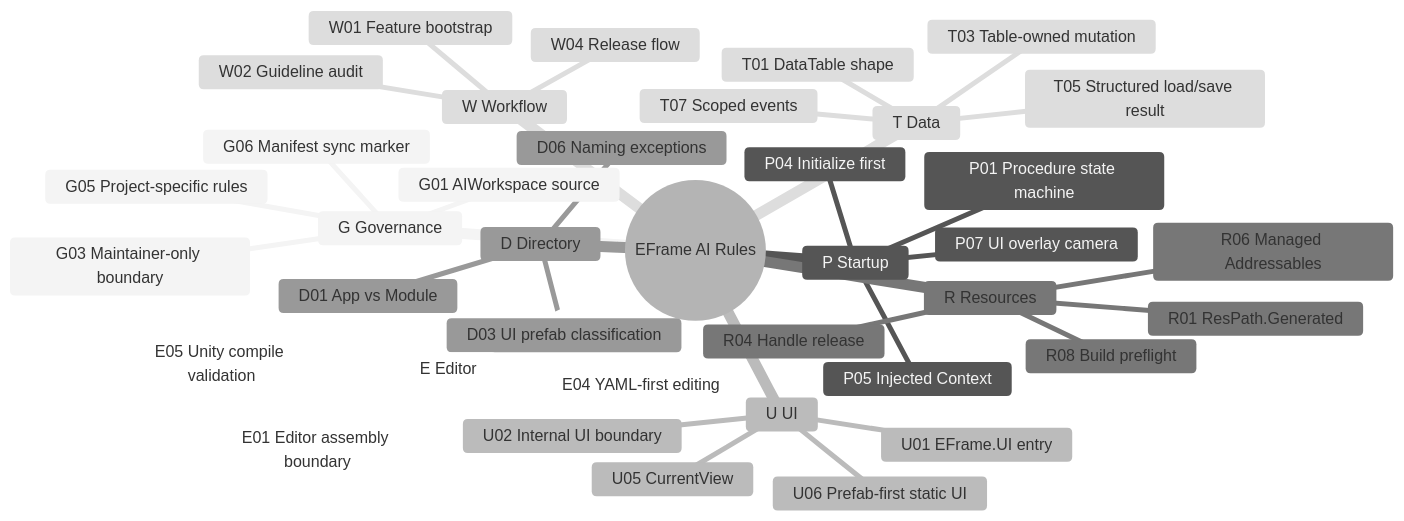
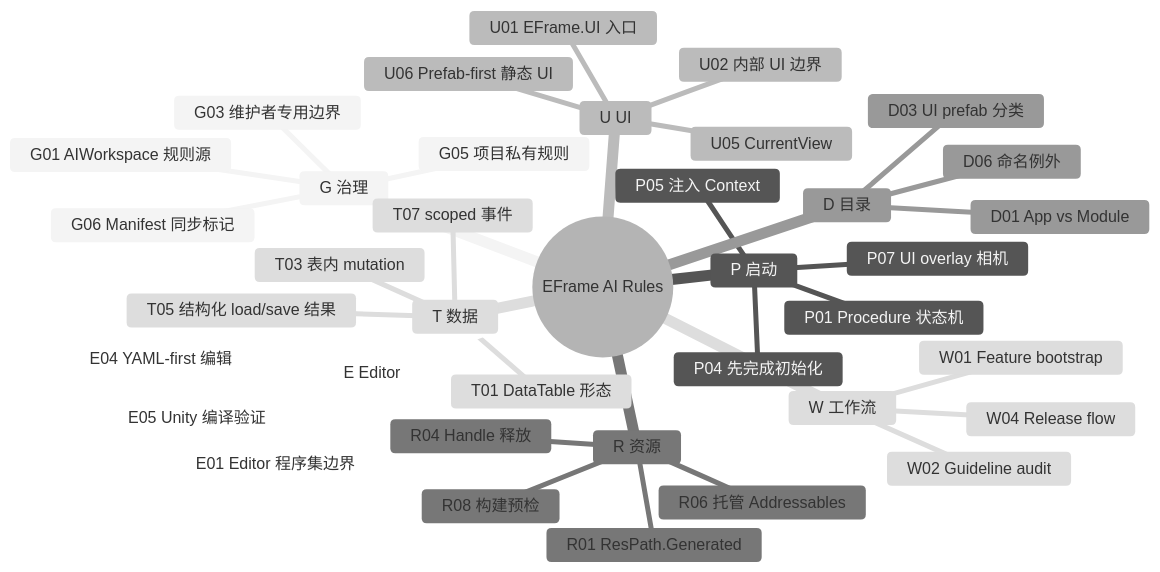
The second of 6 diagrams in tools/MaintainerAIWorkspace/AI_RULE_VISUAL_REVIEW.md (LukasChen/EFrameWork), drawn with Mermaid (neutral theme) before and after one commit. The commit also changed other lines of this file, not shown here.

````diff
--- a/tools/MaintainerAIWorkspace/AI_RULE_VISUAL_REVIEW.md
+++ b/tools/MaintainerAIWorkspace/AI_RULE_VISUAL_REVIEW.md
@@ -27,41 +27,41 @@
 ```mermaid
 mindmap
   root((EFrame AI Rules))
-    G Governance
-      G01 AIWorkspace source
-      G03 Maintainer-only boundary
-      G05 Project-specific rules
-      G06 Manifest sync marker
-    P Startup
-      P01 Procedure state machine
-      P04 Initialize first
-      P05 Injected Context
-      P07 UI overlay camera
+    G 治理
+      G01 AIWorkspace 规则源
+      G03 维护者专用边界
+      G05 项目私有规则
+      G06 Manifest 同步标记
+    P 启动
+      P01 Procedure 状态机
+      P04 先完成初始化
+      P05 注入 Context
+      P07 UI overlay 相机
     U UI
-      U01 EFrame.UI entry
-      U02 Internal UI boundary
+      U01 EFrame.UI 入口
+      U02 内部 UI 边界
       U05 CurrentView
-      U06 Prefab-first static UI
-    R Resources
+      U06 Prefab-first 静态 UI
+    R 资源
       R01 ResPath.Generated
-      R04 Handle release
-      R06 Managed Addressables
-      R08 Build preflight
-    D Directory
+      R04 Handle 释放
+      R06 托管 Addressables
+      R08 构建预检
+    D 目录
       D01 App vs Module
-      D03 UI prefab classification
-      D06 Naming exceptions
-    T Data
-      T01 DataTable shape
-      T03 Table-owned mutation
-      T05 Structured load/save result
-      T07 Scoped events
+      D03 UI prefab 分类
+      D06 命名例外
+    T 数据
+      T01 DataTable 形态
+      T03 表内 mutation
+      T05 结构化 load/save 结果
+      T07 scoped 事件
     E Editor
-      E01 Editor assembly boundary
-      E04 YAML-first editing
-      E05 Unity compile validation
-    W Workflow
+      E01 Editor 程序集边界
+      E04 YAML-first 编辑
+      E05 Unity 编译验证
+    W 工作流
       W01 Feature bootstrap
       W02 Guideline audit
       W04 Release flow
 ```
````
